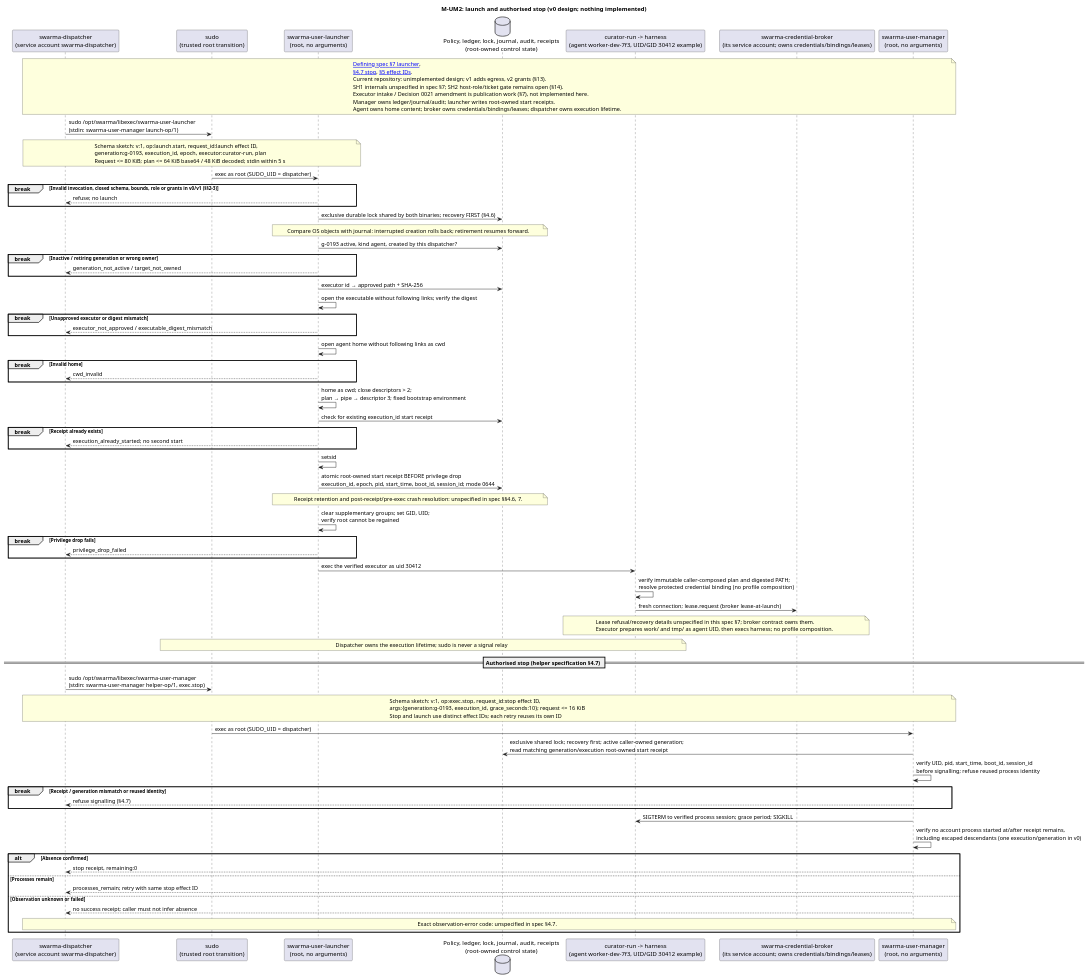
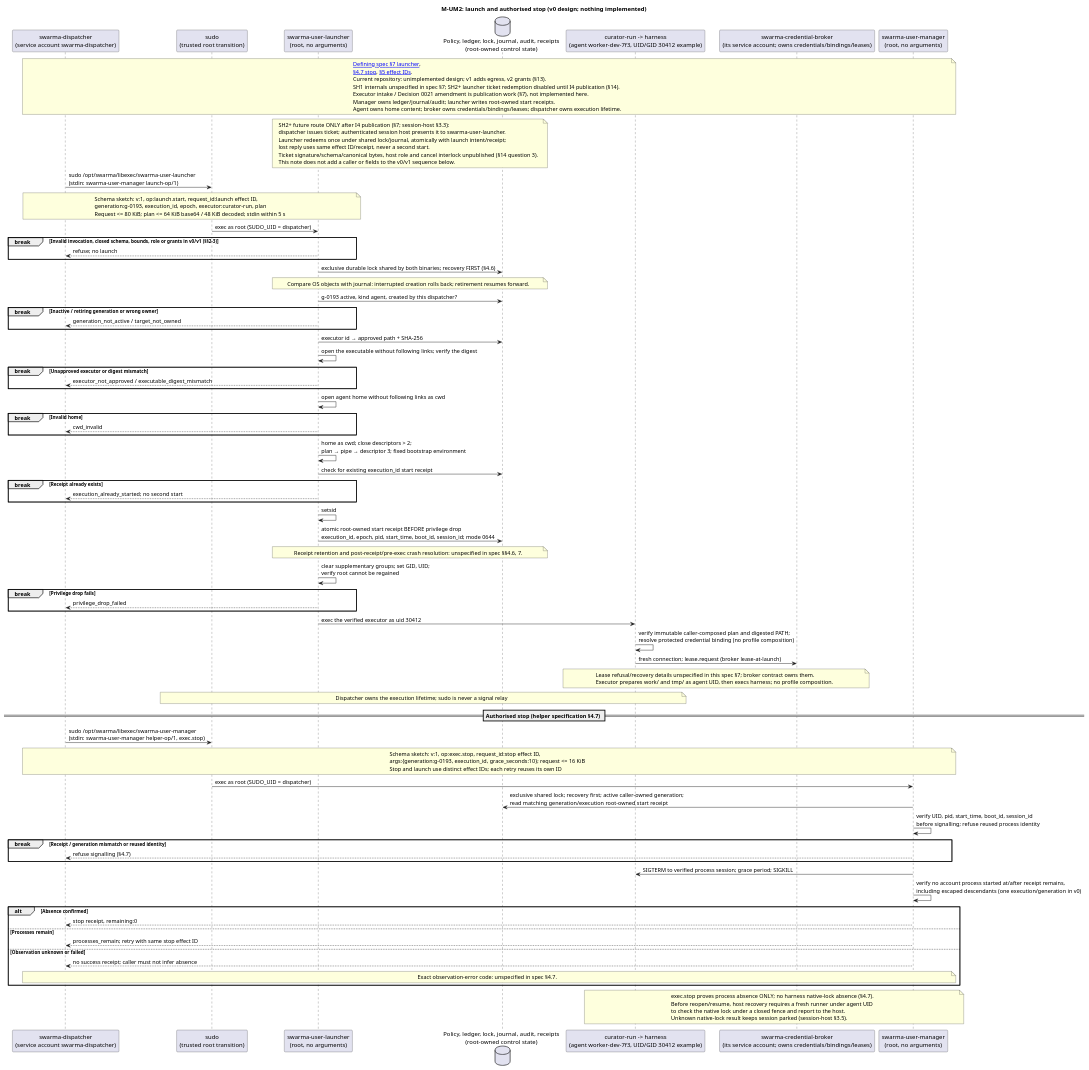
Before and after one commit to relux-works/swarma-user-manager: the diagram in diagrams/launch.puml, drawn with PlantUML. The commit also changed 7 other files, not shown here.

First line of the commit message:
Spec-gap wave: secrets never reach the home archive, layout, v2 row, launcher ticket redemption (TASK-261012-2zjpys)

```diff
--- a/diagrams/launch.puml
+++ b/diagrams/launch.puml
@@ -1,79 +1,93 @@
 @startuml launch
 title M-UM2: launch and authorised stop (v0 design; nothing implemented)
 
 participant "swarma-dispatcher\n(service account swarma-dispatcher)" as D
 participant "sudo\n(trusted root transition)" as S
 participant "swarma-user-launcher\n(root, no arguments)" as L
 database "Policy, ledger, lock, journal, audit, receipts\n(root-owned control state)" as R
 participant "curator-run -> harness\n(agent worker-dev-7f3, UID/GID 30412 example)" as E
 participant "swarma-credential-broker\n(its service account; owns credentials/bindings/leases)" as B
 participant "swarma-user-manager\n(root, no arguments)" as M
 
 note over D,M
   [[../spec/helper.md#7-the-launcher-swarma-user-launcher Defining spec §7 launcher]],
   [[../spec/helper.md#47-execstop §4.7 stop]], [[../spec/helper.md#5-cross-component-reconciliation §5 effect IDs]].
   Current repository: unimplemented design; v1 adds egress, v2 grants (§13).
-  SH1 internals unspecified in spec §7; SH2 host-role/ticket gate remains open (§14).
+  SH1 internals unspecified in spec §7; SH2+ launcher ticket redemption disabled until I4 publication (§14).
   Executor intake / Decision 0021 amendment is publication work (§7), not implemented here.
   Manager owns ledger/journal/audit; launcher writes root-owned start receipts.
   Agent owns home content; broker owns credentials/bindings/leases; dispatcher owns execution lifetime.
+end note
+note over L,R
+  SH2+ future route ONLY after I4 publication (§7; session-host §3.3):
+  dispatcher issues ticket; authenticated session host presents it to swarma-user-launcher.
+  Launcher redeems once under shared lock/journal, atomically with launch intent/receipt;
+  lost reply uses same effect ID/receipt, never a second start.
+  Ticket signature/schema/canonical bytes, host role and cancel interlock unpublished (§14 question 3).
+  This note does not add a caller or fields to the v0/v1 sequence below.
 end note
 D -> S: sudo /opt/swarma/libexec/swarma-user-launcher\n(stdin: swarma-user-manager launch-op/1)
 note over D, L: Schema sketch: v:1, op:launch.start, request_id:launch effect ID,\ngeneration:g-0193, execution_id, epoch, executor:curator-run, plan\nRequest <= 80 KiB; plan <= 64 KiB base64 / 48 KiB decoded; stdin within 5 s
 S -> L: exec as root (SUDO_UID = dispatcher)
 break Invalid invocation, closed schema, bounds, role or grants in v0/v1 (§§2-3)
   L --> D: refuse; no launch
 end
 L -> R: exclusive durable lock shared by both binaries; recovery FIRST (§4.6)
 note over L,R: Compare OS objects with journal: interrupted creation rolls back; retirement resumes forward.
 L -> R: g-0193 active, kind agent, created by this dispatcher?
 break Inactive / retiring generation or wrong owner
   L --> D: generation_not_active / target_not_owned
 end
 L -> R: executor id → approved path + SHA-256
 L -> L: open the executable without following links; verify the digest
 break Unapproved executor or digest mismatch
   L --> D: executor_not_approved / executable_digest_mismatch
 end
 L -> L: open agent home without following links as cwd
 break Invalid home
   L --> D: cwd_invalid
 end
 L -> L: home as cwd; close descriptors > 2;\nplan → pipe → descriptor 3; fixed bootstrap environment
 L -> R: check for existing execution_id start receipt
 break Receipt already exists
   L --> D: execution_already_started; no second start
 end
 L -> L: setsid
 L -> R: atomic root-owned start receipt BEFORE privilege drop\nexecution_id, epoch, pid, start_time, boot_id, session_id; mode 0644
 note over L,R: Receipt retention and post-receipt/pre-exec crash resolution: unspecified in spec §§4.6, 7.
 L -> L: clear supplementary groups; set GID, UID;\nverify root cannot be regained
 break Privilege drop fails
   L --> D: privilege_drop_failed
 end
 L -> E: exec the verified executor as uid 30412
 E -> E: verify immutable caller-composed plan and digested PATH;\nresolve protected credential binding (no profile composition)
 E -> B: fresh connection; lease.request (broker lease-at-launch)
 note over E,B: Lease refusal/recovery details unspecified in this spec §7; broker contract owns them.\nExecutor prepares work/ and tmp/ as agent UID, then execs harness; no profile composition.
 note over S, E: Dispatcher owns the execution lifetime; sudo is never a signal relay
 
 == Authorised stop (helper specification §4.7) ==
 D -> S: sudo /opt/swarma/libexec/swarma-user-manager\n(stdin: swarma-user-manager helper-op/1, exec.stop)
 note over D, M: Schema sketch: v:1, op:exec.stop, request_id:stop effect ID,\nargs:{generation:g-0193, execution_id, grace_seconds:10}; request <= 16 KiB\nStop and launch use distinct effect IDs; each retry reuses its own ID
 S -> M: exec as root (SUDO_UID = dispatcher)
 M -> R: exclusive shared lock; recovery first; active caller-owned generation;\nread matching generation/execution root-owned start receipt
 M -> M: verify UID, pid, start_time, boot_id, session_id\nbefore signalling; refuse reused process identity
 break Receipt / generation mismatch or reused identity
   M --> D: refuse signalling (§4.7)
 end
 M -> E: SIGTERM to verified process session; grace period; SIGKILL
 M -> M: verify no account process started at/after receipt remains,\nincluding escaped descendants (one execution/generation in v0)
 alt Absence confirmed
   M --> D: stop receipt, remaining:0
 else Processes remain
   M --> D: processes_remain; retry with same stop effect ID
 else Observation unknown or failed
   M --> D: no success receipt; caller must not infer absence
   note over M,D: Exact observation-error code: unspecified in spec §4.7.
 end
+note over M,E
+  exec.stop proves process absence ONLY; no harness native-lock absence (§4.7).
+  Before reopen/resume, host recovery requires a fresh runner under agent UID
+  to check the native lock under a closed fence and report to the host.
+  Unknown native-lock result keeps session parked (session-host §3.5).
+end note
 @enduml
```
